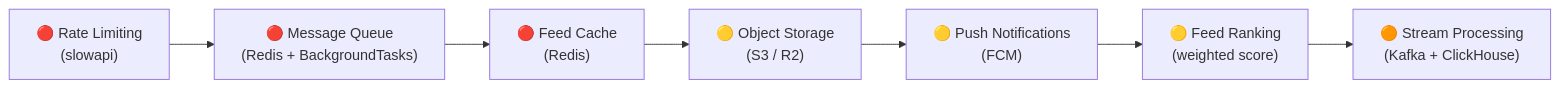
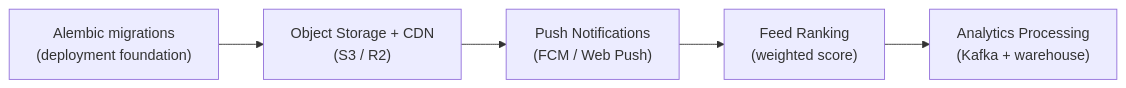
The diagram in docs/learning/architecture-gaps.md (shiva6666/socialmediaapp), drawn with Mermaid before and after one commit. The commit also changed other lines of this file and 11 other files, not shown here.

Commit message:
added slowapi to rate limit requests per ip

````diff
--- a/docs/learning/architecture-gaps.md
+++ b/docs/learning/architecture-gaps.md
@@ -135,9 +134,7 @@
 ```mermaid
 flowchart LR
-    A["🔴 Rate Limiting\n(slowapi)"] --> B["🔴 Message Queue\n(Redis + BackgroundTasks)"]
-    B --> C["🔴 Feed Cache\n(Redis)"]
-    C --> D["🟡 Object Storage\n(S3 / R2)"]
-    D --> E["🟡 Push Notifications\n(FCM)"]
-    E --> F["🟡 Feed Ranking\n(weighted score)"]
-    F --> G["🟠 Stream Processing\n(Kafka + ClickHouse)"]
+    A["Alembic migrations\n(deployment foundation)"] --> B["Object Storage + CDN\n(S3 / R2)"]
+    B --> C["Push Notifications\n(FCM / Web Push)"]
+    C --> D["Feed Ranking\n(weighted score)"]
+    D --> E["Analytics Processing\n(Kafka + warehouse)"]
 ```
````
